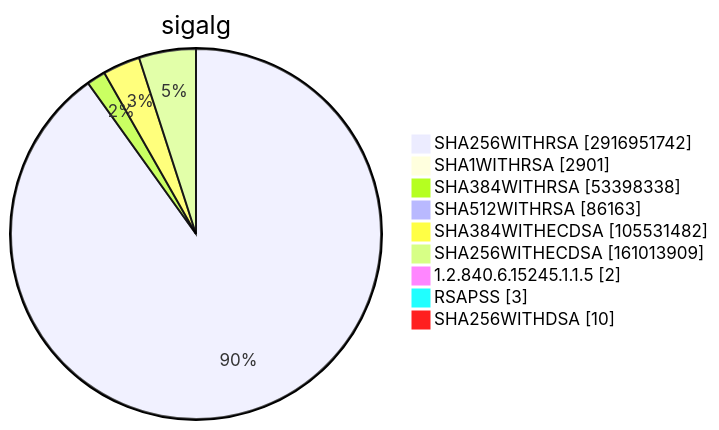
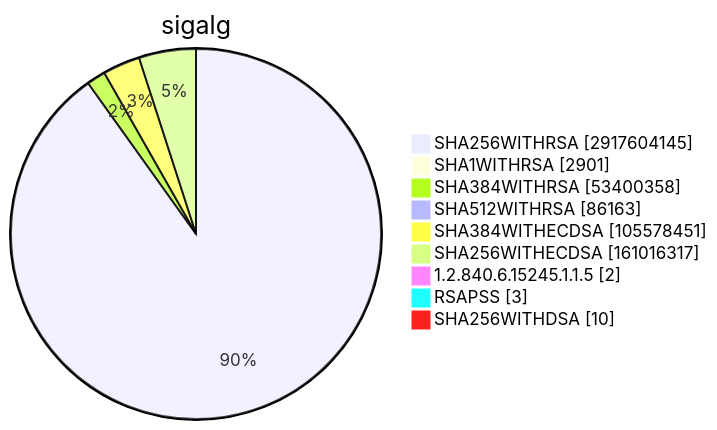
Before and after one commit to christiankrug/ctmonitor_visualization: diagram 15 of 15 in TOTAL/README.md, drawn with Mermaid. The commit also changed other lines of this file, not shown here.

````diff
--- a/TOTAL/README.md
+++ b/TOTAL/README.md
@@ -6207,13 +6207,13 @@
 ```mermaid
 pie showData
 title sigalg
-"SHA256WITHRSA" :2916951742
+"SHA256WITHRSA" :2917604145
 "SHA1WITHRSA" :2901
-"SHA384WITHRSA" :53398338
+"SHA384WITHRSA" :53400358
 "SHA512WITHRSA" :86163
-"SHA384WITHECDSA" :105531482
-"SHA256WITHECDSA" :161013909
+"SHA384WITHECDSA" :105578451
+"SHA256WITHECDSA" :161016317
 "1.2.840.6.15245.1.1.5" :2
 "RSAPSS" :3
 "SHA256WITHDSA" :10
 ```
````
